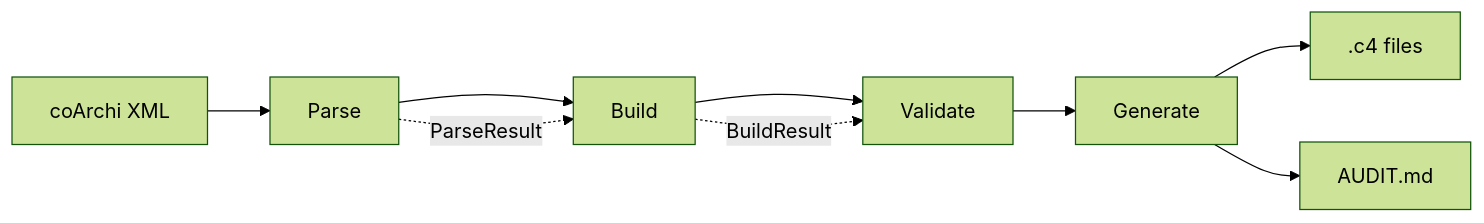
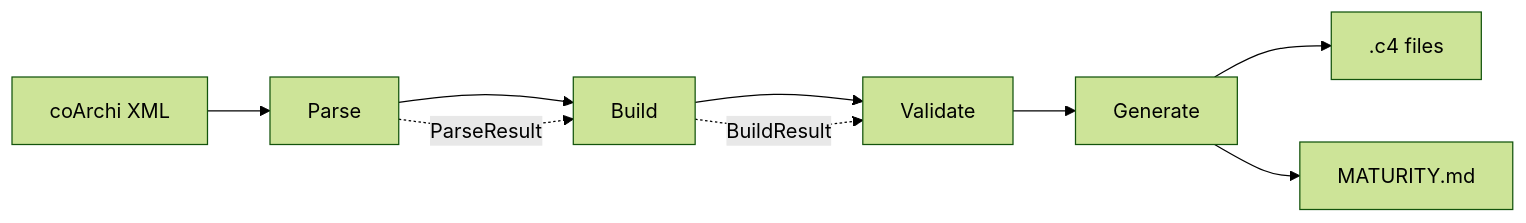
Before and after one commit to Lenivvenil/archi2likec4: the second of 2 diagrams in README.md, drawn with Mermaid (forest theme). The commit also changed other lines of this file, not shown here.

First line of the commit message:
docs: update README — QA→GAP maturity, fix test count, update structure

````diff
--- a/README.md
+++ b/README.md
@@ -162,12 +162,12 @@
 ```mermaid
 graph LR
   XML["coArchi XML"] --> P["Parse"]
   P --> B["Build"]
   B --> V["Validate"]
   V --> G["Generate"]
   G --> C4[".c4 files"]
-  G --> AUDIT["AUDIT.md"]
+  G --> AUDIT["MATURITY.md"]
 
   P -. "ParseResult" .-> B
   B -. "BuildResult" .-> V
 ```
````
